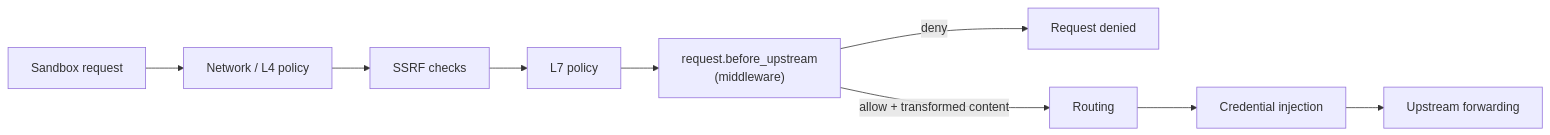
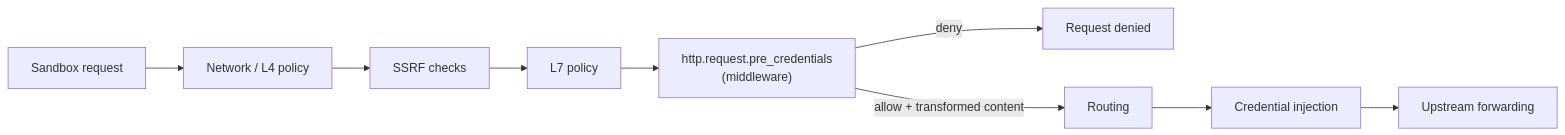
Before and after one commit to gracesmith6504/OpenShell: the second of 2 diagrams in rfc/0005-sandbox-egress-middleware/README.md, drawn with Mermaid. The commit also changed other lines of this file and 1 other file, not shown here.

Commit message:
docs(rfc): rename middleware request hook

````diff
--- a/rfc/0005-sandbox-egress-middleware/README.md
+++ b/rfc/0005-sandbox-egress-middleware/README.md
@@ -98,11 +98,11 @@
 ```mermaid
 graph LR
     REQ["Sandbox request"] --> L4["Network / L4 policy"]
     L4 --> SSRF["SSRF checks"]
     SSRF --> L7["L7 policy"]
-    L7 --> HOOK["request.before_upstream<br/>(middleware)"]
+    L7 --> HOOK["http.request.pre_credentials<br/>(middleware)"]
     HOOK -->|"deny"| DENY["Request denied"]
     HOOK -->|"allow + transformed content"| ROUTE["Routing"]
     ROUTE --> CRED["Credential injection"]
     CRED --> UP["Upstream forwarding"]
 ```
````
